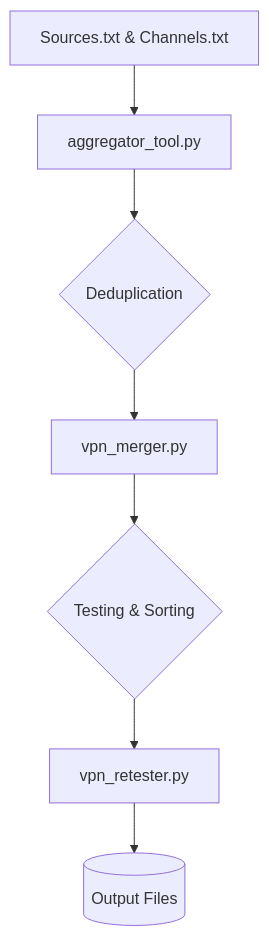
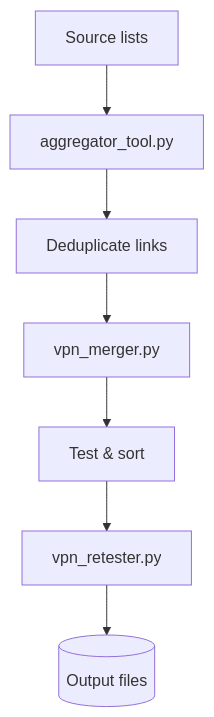
The diagram in README.md (AmirrezaFarnamTaheri/MassConfigMerger), drawn with Mermaid before and after one commit. The commit also changed other lines of this file, not shown here.

````diff
--- a/README.md
+++ b/README.md
@@ -52,9 +77,9 @@
 ```mermaid
 graph TD
-    A[Sources.txt & Channels.txt] --> B[aggregator_tool.py]
-    B --> C{Deduplication}
+    A[Source lists] --> B[aggregator_tool.py]
+    B --> C[Deduplicate links]
     C --> D[vpn_merger.py]
-    D --> E{Testing & Sorting}
+    D --> E[Test & sort]
     E --> F[vpn_retester.py]
-    F --> G[(Output Files)]
+    F --> G[(Output files)]
 ```
````
